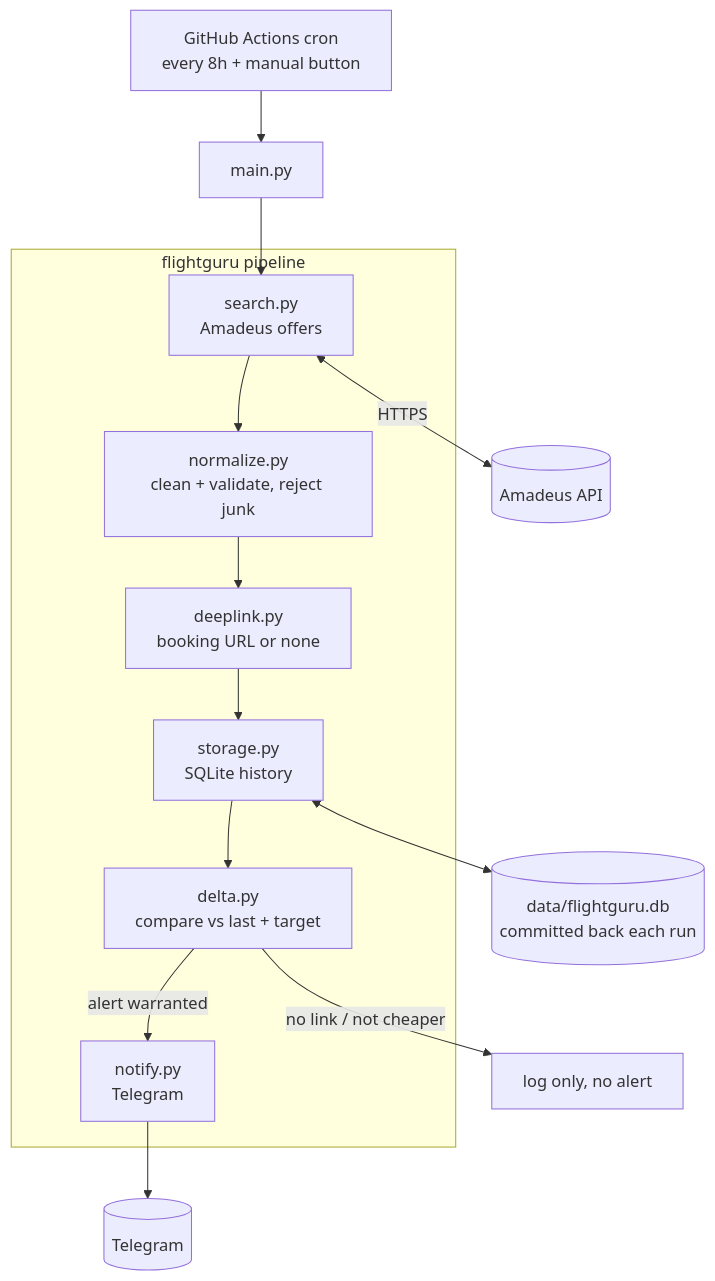
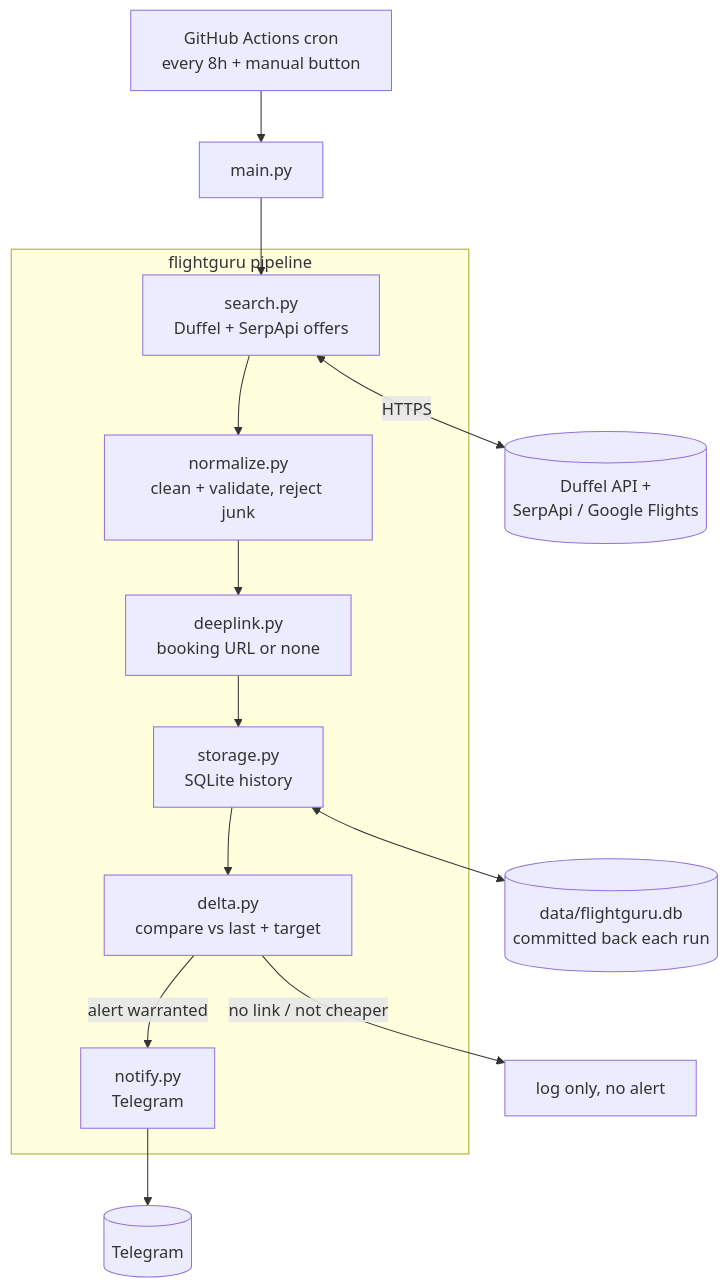
Before and after one commit to Vaps1106/FlightGuru: the diagram in docs/ARCHITECTURE.md, drawn with Mermaid. The commit also changed other lines of this file and 7 other files, not shown here.

First line of the commit message:
docs: correct stale Amadeus references to actual providers (Duffel + SerpApi)

````diff
--- a/docs/ARCHITECTURE.md
+++ b/docs/ARCHITECTURE.md
@@ -3,21 +3,21 @@
 ```mermaid
 flowchart TD
     SCHED[GitHub Actions cron<br/>every 8h + manual button] --> MAIN[main.py]
 
     subgraph PIPE[flightguru pipeline]
-        SEARCH[search.py<br/>Amadeus offers]
+        SEARCH[search.py<br/>Duffel + SerpApi offers]
         NORM[normalize.py<br/>clean + validate, reject junk]
         LINK[deeplink.py<br/>booking URL or none]
         STORE[storage.py<br/>SQLite history]
         DELTA[delta.py<br/>compare vs last + target]
         NOTIFY[notify.py<br/>Telegram]
     end
 
     MAIN --> SEARCH --> NORM --> LINK --> STORE --> DELTA
     DELTA -->|alert warranted| NOTIFY
     DELTA -->|no link / not cheaper| LOG[log only, no alert]
 
-    SEARCH <-->|HTTPS| AMADEUS[(Amadeus API)]
+    SEARCH <-->|HTTPS| PROVIDERS[(Duffel API +<br/>SerpApi / Google Flights)]
     STORE <--> DB[(data/flightguru.db<br/>committed back each run)]
     NOTIFY --> TG[(Telegram)]
 ```
````
